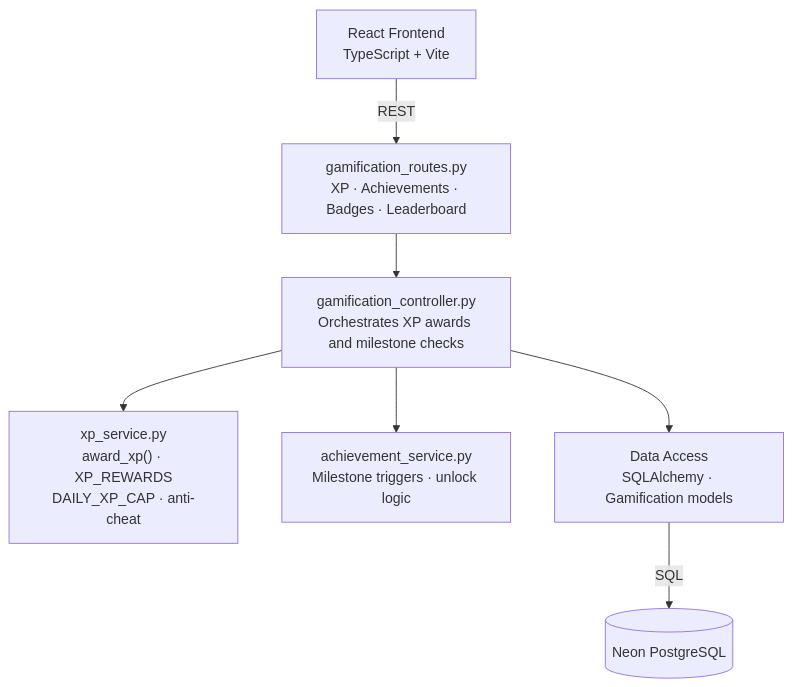
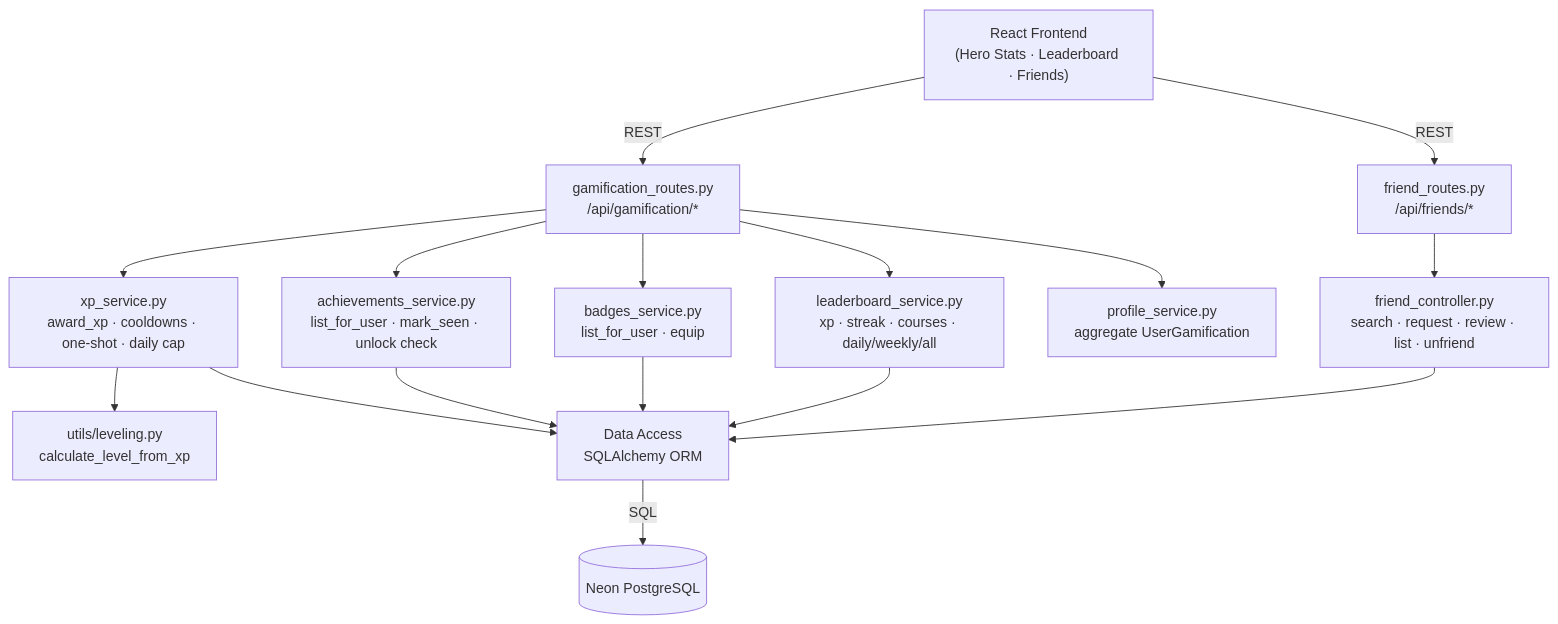
Before and after one commit to yazidha09/Hub4Learners: the first of 4 diagrams in docs/sprints/SPRINT_4.md, drawn with Mermaid. The commit also changed other lines of this file and 5 other files, not shown here.

````diff
--- a/docs/sprints/SPRINT_4.md
+++ b/docs/sprints/SPRINT_4.md
@@ -42,9 +52,18 @@
 ```mermaid
 graph TD
-    A["React Frontend\nTypeScript + Vite"] -->|REST| B["gamification_routes.py\nXP · Achievements · Badges · Leaderboard"]
-    B --> C["gamification_controller.py\nOrchestrates XP awards and milestone checks"]
-    C --> D["xp_service.py\naward_xp() · XP_REWARDS\nDAILY_XP_CAP · anti-cheat"]
-    C --> E["achievement_service.py\nMilestone triggers · unlock logic"]
-    C --> F["Data Access\nSQLAlchemy · Gamification models"]
-    F -->|SQL| G[("Neon PostgreSQL")]
+    A["React Frontend<br/>(Hero Stats · Leaderboard · Friends)"] -->|REST| B["gamification_routes.py<br/>/api/gamification/*"]
+    A -->|REST| C["friend_routes.py<br/>/api/friends/*"]
+    B --> D["xp_service.py<br/>award_xp · cooldowns · one-shot · daily cap"]
+    B --> E["achievements_service.py<br/>list_for_user · mark_seen · unlock check"]
+    B --> F["badges_service.py<br/>list_for_user · equip"]
+    B --> G["leaderboard_service.py<br/>xp · streak · courses · daily/weekly/all"]
+    B --> H["profile_service.py<br/>aggregate UserGamification"]
+    C --> I["friend_controller.py<br/>search · request · review · list · unfriend"]
+    D --> J["utils/leveling.py<br/>calculate_level_from_xp"]
+    D --> K["Data Access<br/>SQLAlchemy ORM"]
+    E --> K
+    F --> K
+    G --> K
+    I --> K
+    K -->|SQL| L[("Neon PostgreSQL")]
 ```
````
